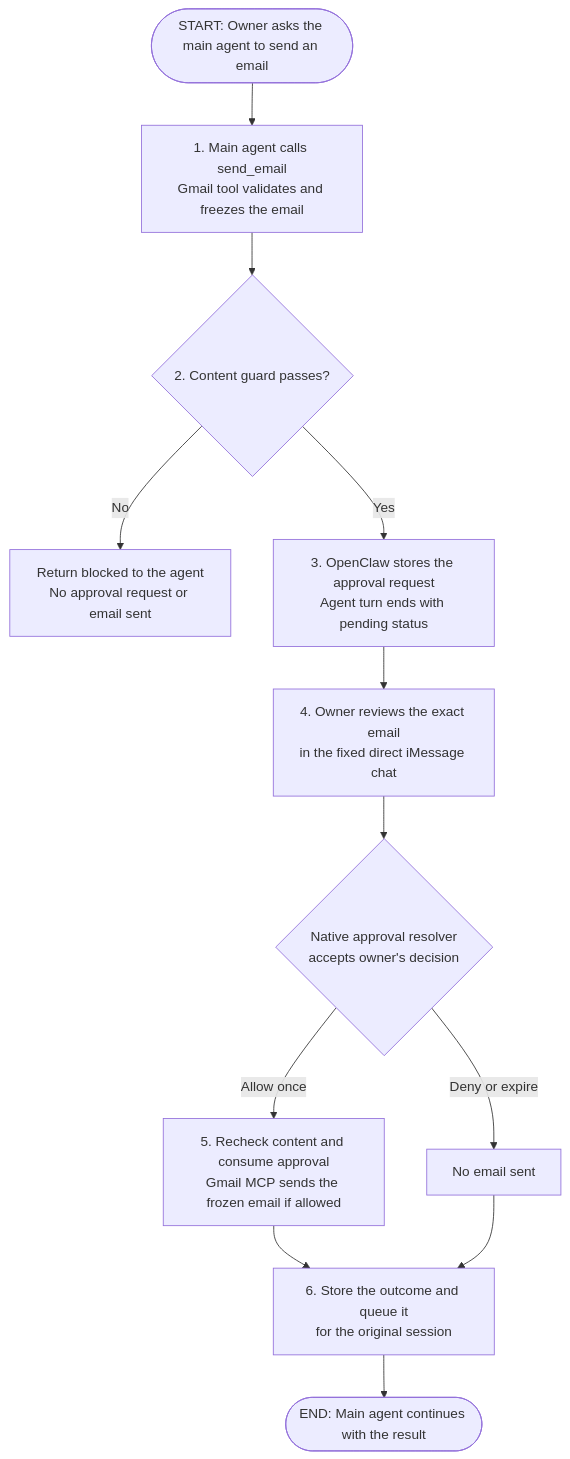
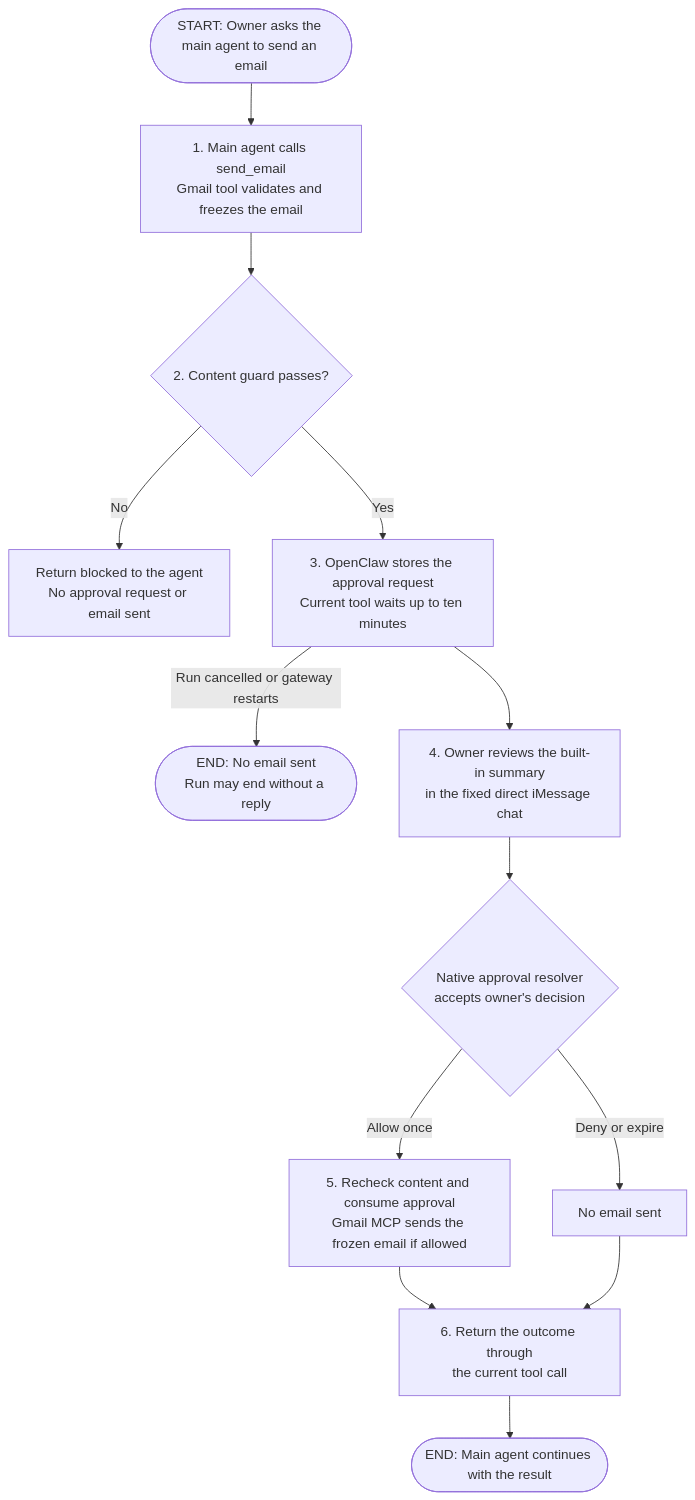
Before and after one commit to coletaylor788/puddles: the diagram in docs/plans/todoist-68-asynchronous-tool-approvals.md, drawn with Mermaid. The commit also changed other lines of this file and 1 other file, not shown here.

Commit message:
Use native approval wait and document follow-up behavior

````diff
--- a/docs/plans/todoist-68-asynchronous-tool-approvals.md
+++ b/docs/plans/todoist-68-asynchronous-tool-approvals.md
@@ -26,15 +26,16 @@
 ```mermaid
 flowchart TD
     Start(["START: Owner asks the main agent to send an email"])
     Start --> Prepare["1. Main agent calls send_email<br/>Gmail tool validates and freezes the email"]
     Prepare --> Guards{"2. Content guard passes?"}
     Guards -->|"No"| Blocked["Return blocked to the agent<br/>No approval request or email sent"]
-    Guards -->|"Yes"| Pending["3. OpenClaw stores the approval request<br/>Agent turn ends with pending status"]
-    Pending --> Review["4. Owner reviews the exact email<br/>in the fixed direct iMessage chat"]
+    Guards -->|"Yes"| Pending["3. OpenClaw stores the approval request<br/>Current tool waits up to ten minutes"]
+    Pending -->|"Run cancelled or gateway restarts"| Cancelled(["END: No email sent<br/>Run may end without a reply"])
+    Pending --> Review["4. Owner reviews the built-in summary<br/>in the fixed direct iMessage chat"]
     Review --> Decision{"Native approval resolver<br/>accepts owner's decision"}
     Decision -->|"Allow once"| Send["5. Recheck content and consume approval<br/>Gmail MCP sends the frozen email if allowed"]
     Decision -->|"Deny or expire"| NoSend["No email sent"]
-    Send --> Result["6. Store the outcome and queue it<br/>for the original session"]
+    Send --> Result["6. Return the outcome through<br/>the current tool call"]
     NoSend --> Result
     Result --> Resume(["END: Main agent continues with the result"])
 ```
````
